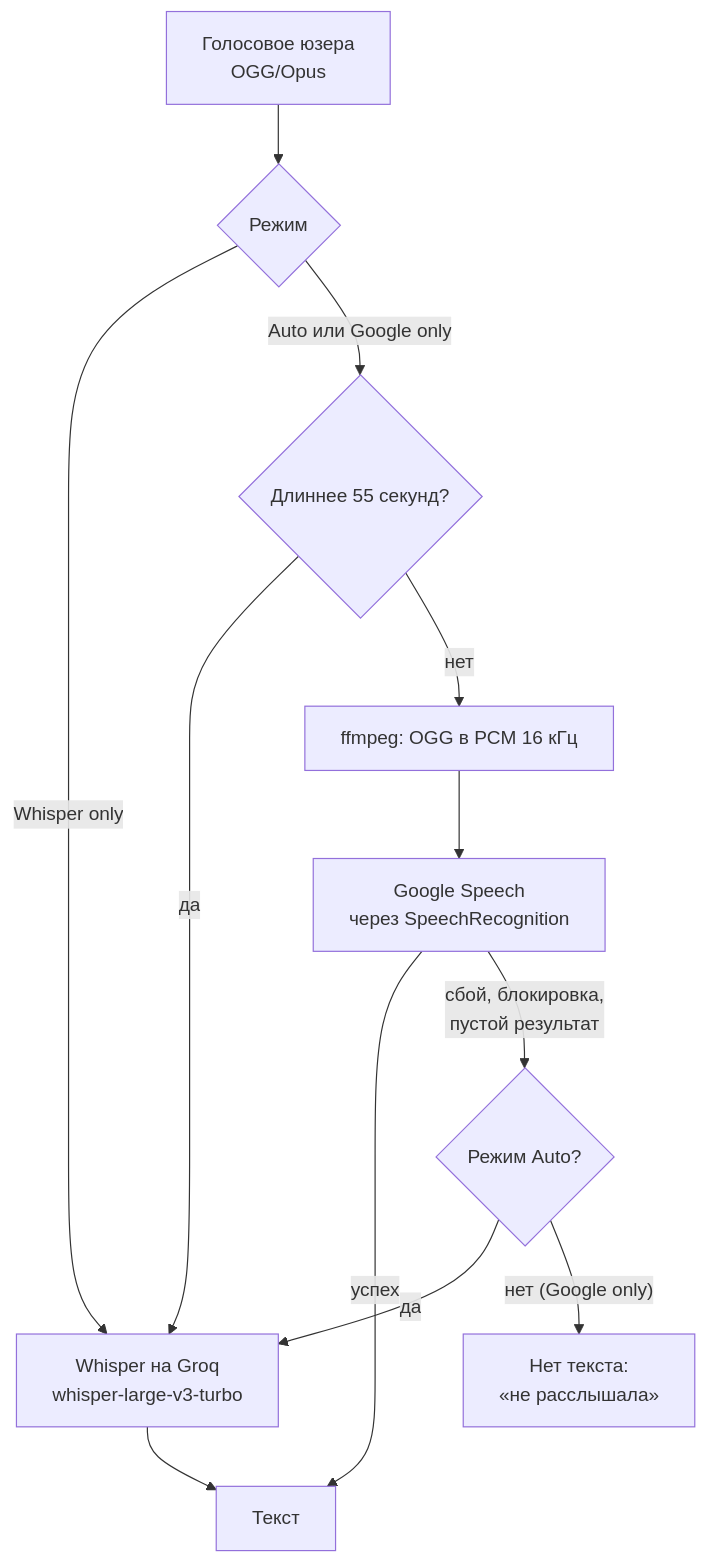
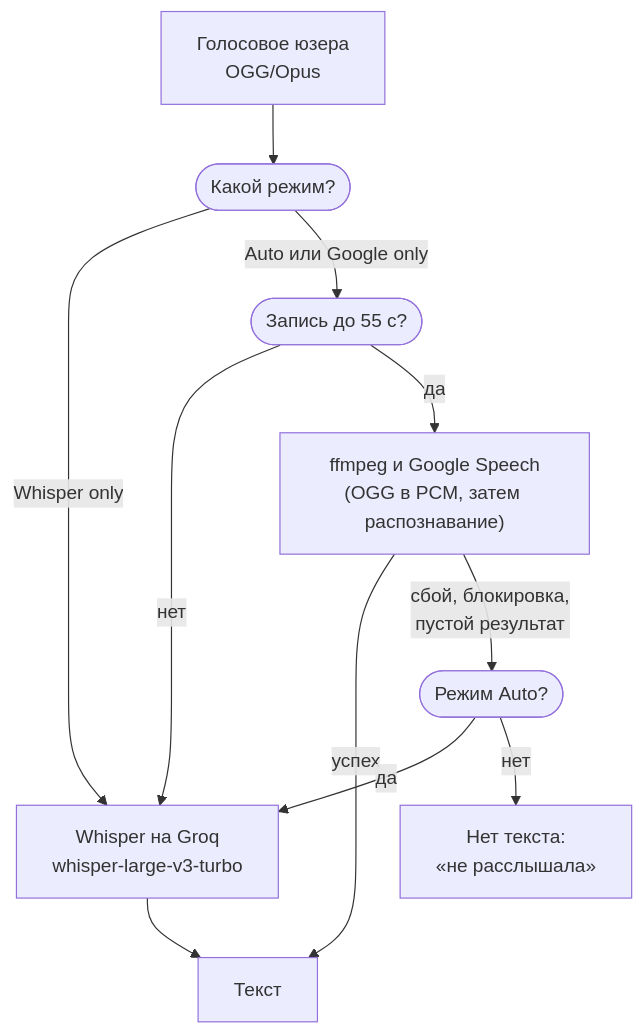
Before and after one commit to inikonoff/Daily-Ten: the sixth of 9 diagrams in docs/ARCHITECTURE.md, drawn with Mermaid. The commit also changed other lines of this file and 11 other files, not shown here.

First line of the commit message:
Add rendered PNG diagrams and a script to rebuild them

````diff
--- a/docs/ARCHITECTURE.md
+++ b/docs/ARCHITECTURE.md
@@ -225,14 +250,13 @@
 ```mermaid
-flowchart TD
-    V["Голосовое юзера<br/>OGG/Opus"] --> MODE{"Режим"}
+flowchart TB
+    V["Голосовое юзера<br/>OGG/Opus"] --> MODE(["Какой режим?"])
     MODE -- "Whisper only" --> W["Whisper на Groq<br/>whisper-large-v3-turbo"]
-    MODE -- "Auto или Google only" --> LONG{"Длиннее 55 секунд?"}
-    LONG -- да --> W
-    LONG -- нет --> FF["ffmpeg: OGG в PCM 16 кГц"]
-    FF --> GO["Google Speech<br/>через SpeechRecognition"]
-    GO -- успех --> TXT["Текст"]
-    GO -- "сбой, блокировка,<br/>пустой результат" --> FALL{"Режим Auto?"}
-    FALL -- да --> W
-    FALL -- "нет (Google only)" --> NONE["Нет текста:<br/>«не расслышала»"]
+    MODE -- "Auto или Google only" --> LONG(["Запись до 55 с?"])
+    LONG -- "нет" --> W
+    LONG -- "да" --> GO["ffmpeg и Google Speech<br/>(OGG в PCM, затем распознавание)"]
+    GO -- "успех" --> TXT["Текст"]
+    GO -- "сбой, блокировка,<br/>пустой результат" --> FALL(["Режим Auto?"])
+    FALL -- "да" --> W
+    FALL -- "нет" --> NONE["Нет текста:<br/>«не расслышала»"]
     W --> TXT
 ```
````
